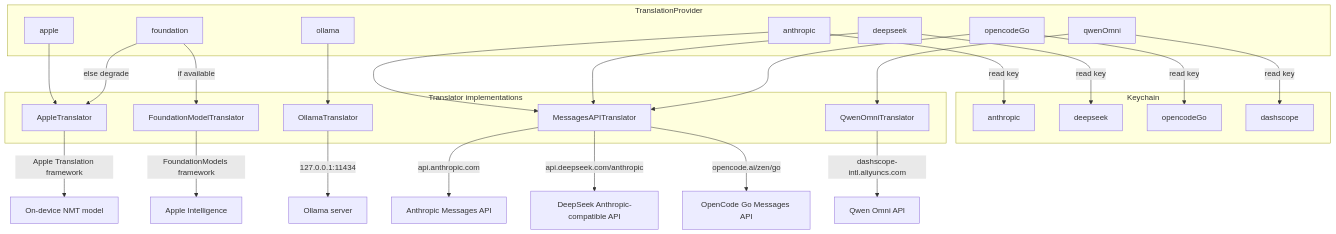
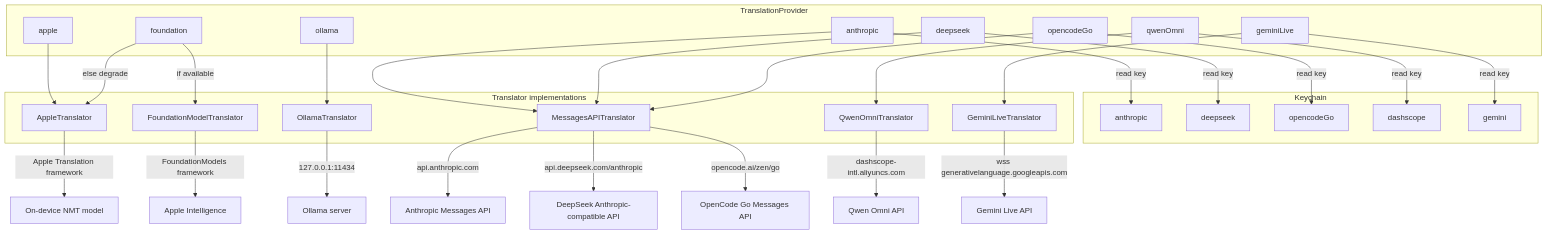
Before and after one commit to dautroc/tsuyaku: the seventh of 10 diagrams in docs/architecture.md, drawn with Mermaid. The commit also changed other lines of this file and 13 other files, not shown here.

````diff
--- a/docs/architecture.md
+++ b/docs/architecture.md
@@ -461,48 +526,54 @@
 ```mermaid
 flowchart TB
     subgraph Keychain["Keychain"]
         AnthropicKey["anthropic"]
         DeepSeekKey["deepseek"]
         OpenCodeGoKey["opencodeGo"]
         DashscopeKey["dashscope"]
+        GeminiKey["gemini"]
     end
 
     subgraph Providers["TranslationProvider"]
         Apple["apple"]
         Foundation["foundation"]
         Ollama["ollama"]
         Anthropic["anthropic"]
         DeepSeek["deepseek"]
         OpenCodeGo["opencodeGo"]
         QwenOmni["qwenOmni"]
+        GeminiLive["geminiLive"]
     end
 
     subgraph Backends["Translator implementations"]
         AT["AppleTranslator"]
         FMT["FoundationModelTranslator"]
         OT["OllamaTranslator"]
         MAT["MessagesAPITranslator"]
         QT["QwenOmniTranslator"]
+        GLT["GeminiLiveTranslator"]
     end
 
     Apple --> AT
     Foundation -->|if available| FMT
     Foundation -->|else degrade| AT
     Ollama --> OT
     Anthropic -->|read key| AnthropicKey
     Anthropic --> MAT
     DeepSeek -->|read key| DeepSeekKey
     DeepSeek --> MAT
     OpenCodeGo -->|read key| OpenCodeGoKey
     OpenCodeGo --> MAT
     QwenOmni -->|read key| DashscopeKey
     QwenOmni --> QT
+    GeminiLive -->|read key| GeminiKey
+    GeminiLive --> GLT
 
     MAT -->|api.anthropic.com| AnthropicCloud["Anthropic Messages API"]
     MAT -->|api.deepseek.com/anthropic| DeepSeekCloud["DeepSeek Anthropic-compatible API"]
     MAT -->|opencode.ai/zen/go| OpenCodeGoCloud["OpenCode Go Messages API"]
     QT -->|dashscope-intl.aliyuncs.com| QwenCloud["Qwen Omni API"]
+    GLT -->|wss generativelanguage.googleapis.com| GeminiCloud["Gemini Live API"]
     OT -->|127.0.0.1:11434| OllamaServer["Ollama server"]
     AT -->|Apple Translation framework| OnDeviceNMT["On-device NMT model"]
     FMT -->|FoundationModels framework| AppleIntelligence["Apple Intelligence"]
 ```
````
